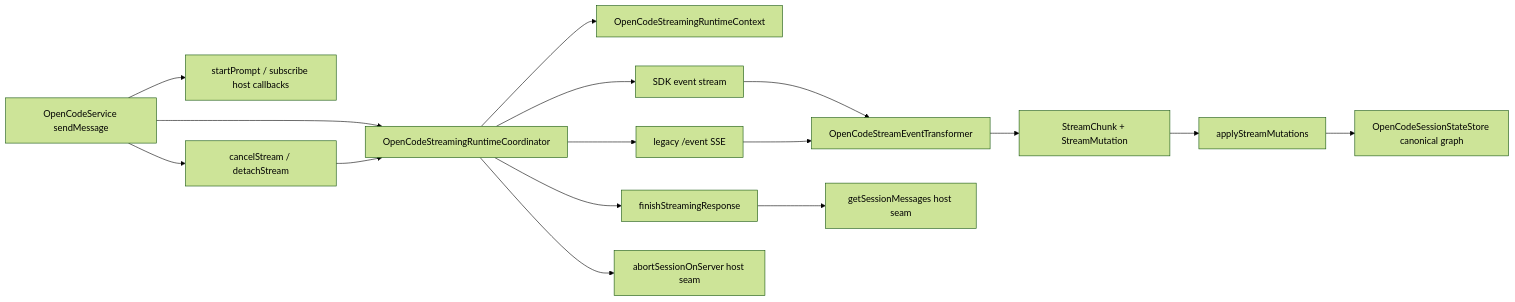
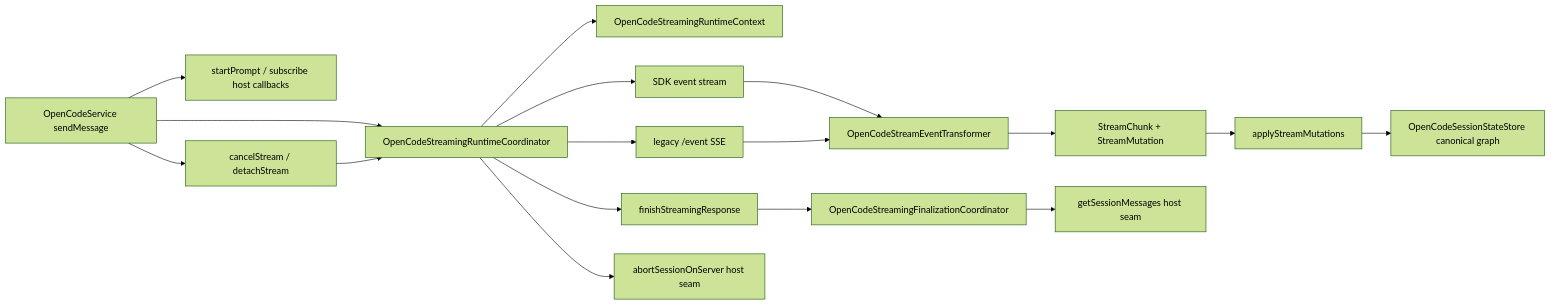
The diagram in docs/modules/core/opencode/OpenCodeStreamingRuntimeCoordinator.md (OCDcreator/opencodian), drawn with Mermaid (forest theme) before and after one commit. The commit also changed other lines of this file and 10 other files, not shown here.

Commit message:
stream-1: extract streaming finalization coordinator

````diff
--- a/docs/modules/core/opencode/OpenCodeStreamingRuntimeCoordinator.md
+++ b/docs/modules/core/opencode/OpenCodeStreamingRuntimeCoordinator.md
@@ -87,18 +86,19 @@
 ```mermaid
 graph LR
     A[OpenCodeService sendMessage] --> B[OpenCodeStreamingRuntimeCoordinator]
     A --> C[startPrompt / subscribe host callbacks]
     B --> D[OpenCodeStreamingRuntimeContext]
     B --> E[SDK event stream]
     B --> F[legacy /event SSE]
     E --> G[OpenCodeStreamEventTransformer]
     F --> G
     G --> H[StreamChunk + StreamMutation]
     H --> M[applyStreamMutations]
     M --> N[OpenCodeSessionStateStore canonical graph]
     B --> I[finishStreamingResponse]
-    I --> J[getSessionMessages host seam]
+    I --> FC[OpenCodeStreamingFinalizationCoordinator]
+    FC --> J[getSessionMessages host seam]
     A --> K[cancelStream / detachStream]
     K --> B
     B --> L[abortSessionOnServer host seam]
 ```
````
